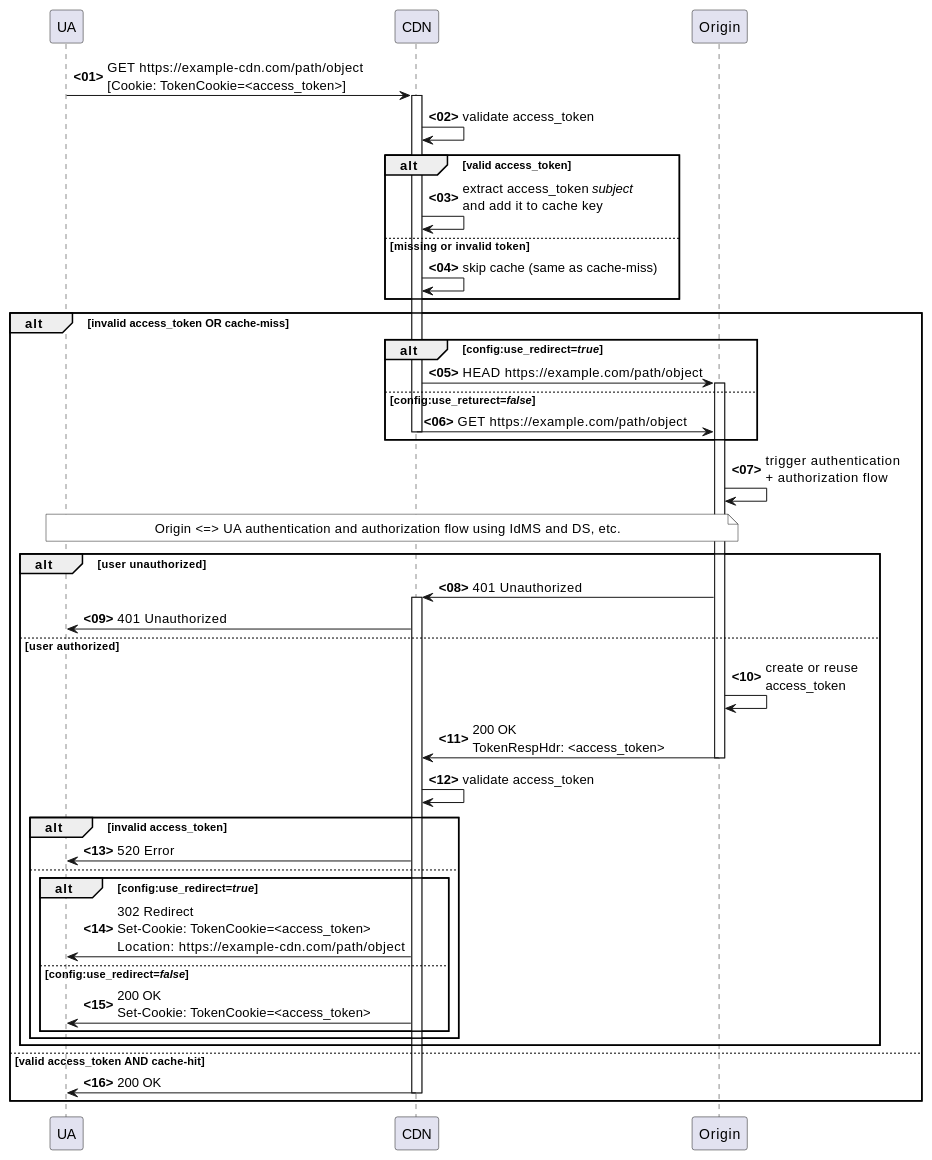
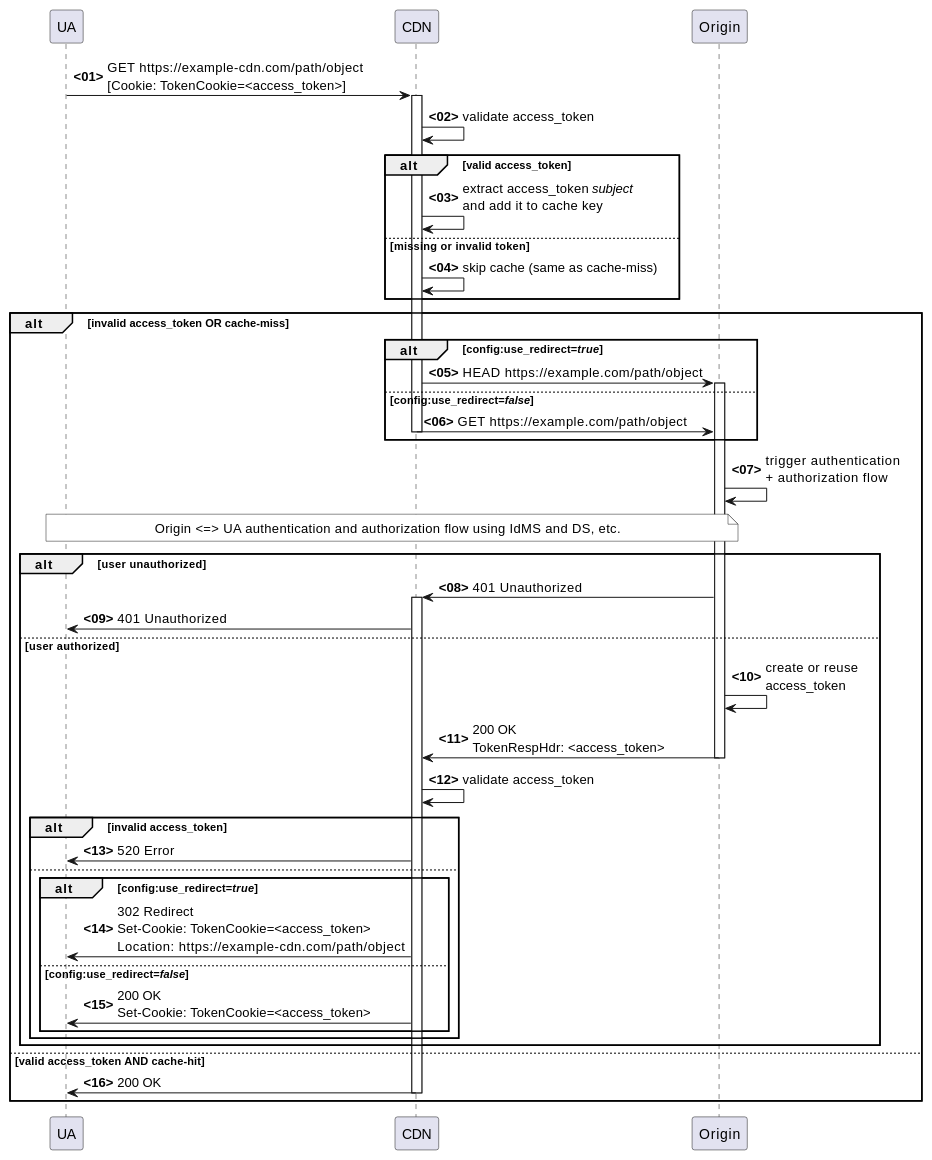
One commit to apache/trafficserver changed the diagram in doc/admin-guide/plugins/access_control.en.rst. Above: the diagram before and after it, drawn with PlantUML. The commit also changed other lines of this file and 93 other files, not shown here.

```diff
--- a/doc/admin-guide/plugins/access_control.en.rst
+++ b/doc/admin-guide/plugins/access_control.en.rst
@@ -91,65 +91,65 @@
 .. uml::
 
         @startuml
 
         participant UA
         participant CDN
         participant Origin
 
         autonumber "<b><00>"
         UA -> CDN : GET https://example-cdn.com/path/object\n[Cookie: TokenCookie=<access_token>]
         activate CDN
 
         CDN->CDN:validate access_token
 
         alt valid access_token
           CDN -> CDN: extract access_token //subject//\nand add it to cache key
         else missing or invalid token
           CDN -> CDN: skip cache (same as cache-miss)
         end
 
         alt invalid access_token OR cache-miss
           alt config:use_redirect=//true//
             CDN -> Origin : HEAD https://example.com/path/object
             activate Origin
-          else config:use_returect=//false//
+          else config:use_redirect=//false//
             CDN -> Origin : GET https://example.com/path/object
             deactivate CDN
           end
 
           Origin -> Origin: trigger authentication\n+ authorization flow
           note over UA,Origin #white
             Origin <=> UA authentication and authorization flow using IdMS and DS, etc.
           endnote
 
           alt user unauthorized
             Origin -> CDN : 401 Unauthorized
             activate CDN
             CDN -> UA : 401 Unauthorized
           else user authorized
 
             Origin -> Origin:create or reuse\naccess_token
 
             Origin -> CDN: 200 OK\nTokenRespHdr: <access_token>
             deactivate Origin
 
             CDN->CDN:validate access_token
 
             alt invalid access_token
               CDN -> UA : 520 Error
             else
               alt config:use_redirect=//true//
                 CDN -> UA : 302 Redirect\nSet-Cookie: TokenCookie=<access_token>\nLocation: https://example-cdn.com/path/object
               else config:use_redirect=//false//
                 CDN -> UA : 200 OK\nSet-Cookie: TokenCookie=<access_token>
               end
             end
 
           end
         else valid access_token AND cache-hit
           CDN -> UA : 200 OK
           deactivate CDN
         end
 
 
         @enduml
```
